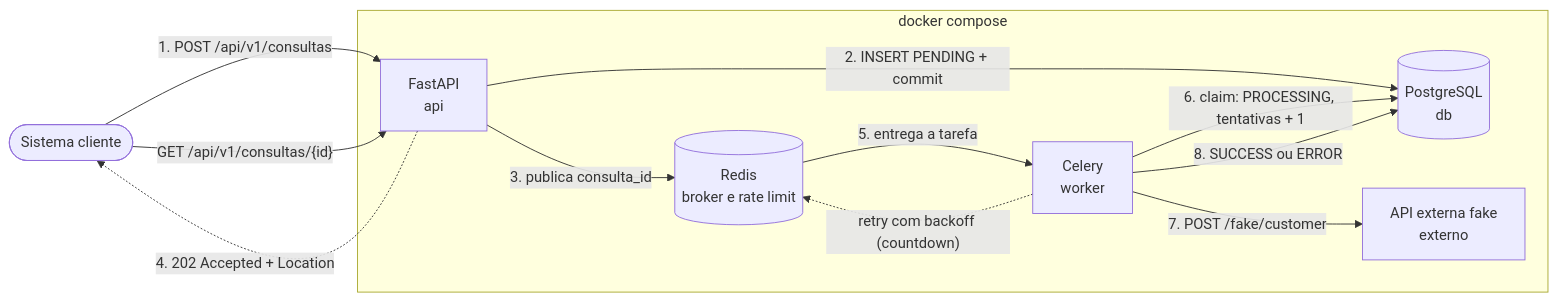
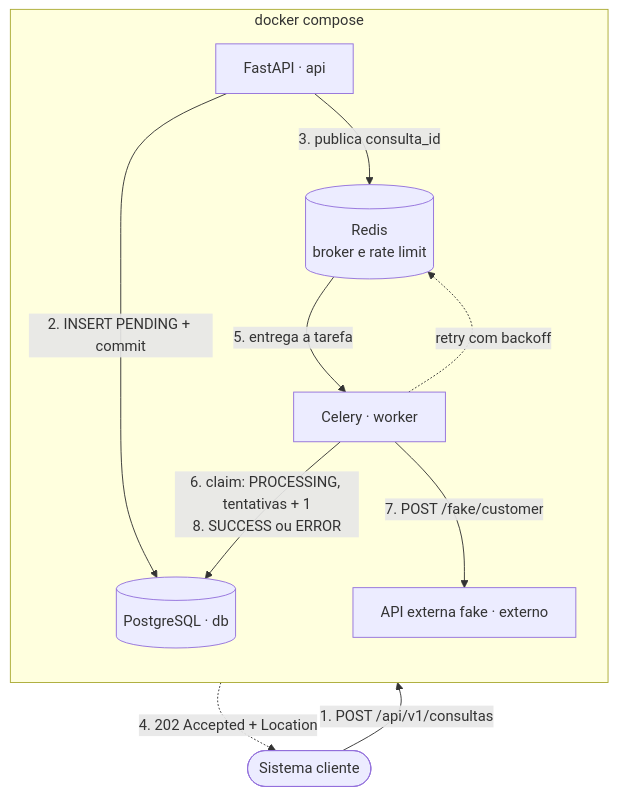
The second of 3 diagrams in README.md (Drolpg/customer_lookup), drawn with Mermaid before and after one commit.

Commit message:
docs: diagrama de arquitetura na vertical para leitura no README

````diff
--- a/README.md
+++ b/README.md
@@ -46,23 +46,22 @@
 ```mermaid
-flowchart LR
+flowchart TB
     cliente(["Sistema cliente"])
 
     subgraph compose["docker compose"]
-        api["FastAPI<br/>api"]
-        db[("PostgreSQL<br/>db")]
+        direction TB
+        api["FastAPI · api"]
         redis[("Redis<br/>broker e rate limit")]
-        worker["Celery<br/>worker"]
-        externo["API externa fake<br/>externo"]
+        db[("PostgreSQL · db")]
+        worker["Celery · worker"]
+        externo["API externa fake · externo"]
     end
 
     cliente -- "1. POST /api/v1/consultas" --> api
+    api -. "4. 202 Accepted + Location" .-> cliente
     api -- "2. INSERT PENDING + commit" --> db
     api -- "3. publica consulta_id" --> redis
-    api -. "4. 202 Accepted + Location" .-> cliente
     redis -- "5. entrega a tarefa" --> worker
-    worker -- "6. claim: PROCESSING, tentativas + 1" --> db
+    worker -. "retry com backoff" .-> redis
+    worker -- "6. claim: PROCESSING, tentativas + 1<br/>8. SUCCESS ou ERROR" --> db
     worker -- "7. POST /fake/customer" --> externo
-    worker -- "8. SUCCESS ou ERROR" --> db
-    worker -. "retry com backoff (countdown)" .-> redis
-    cliente -- "GET /api/v1/consultas/{id}" --> api
 ```
````
